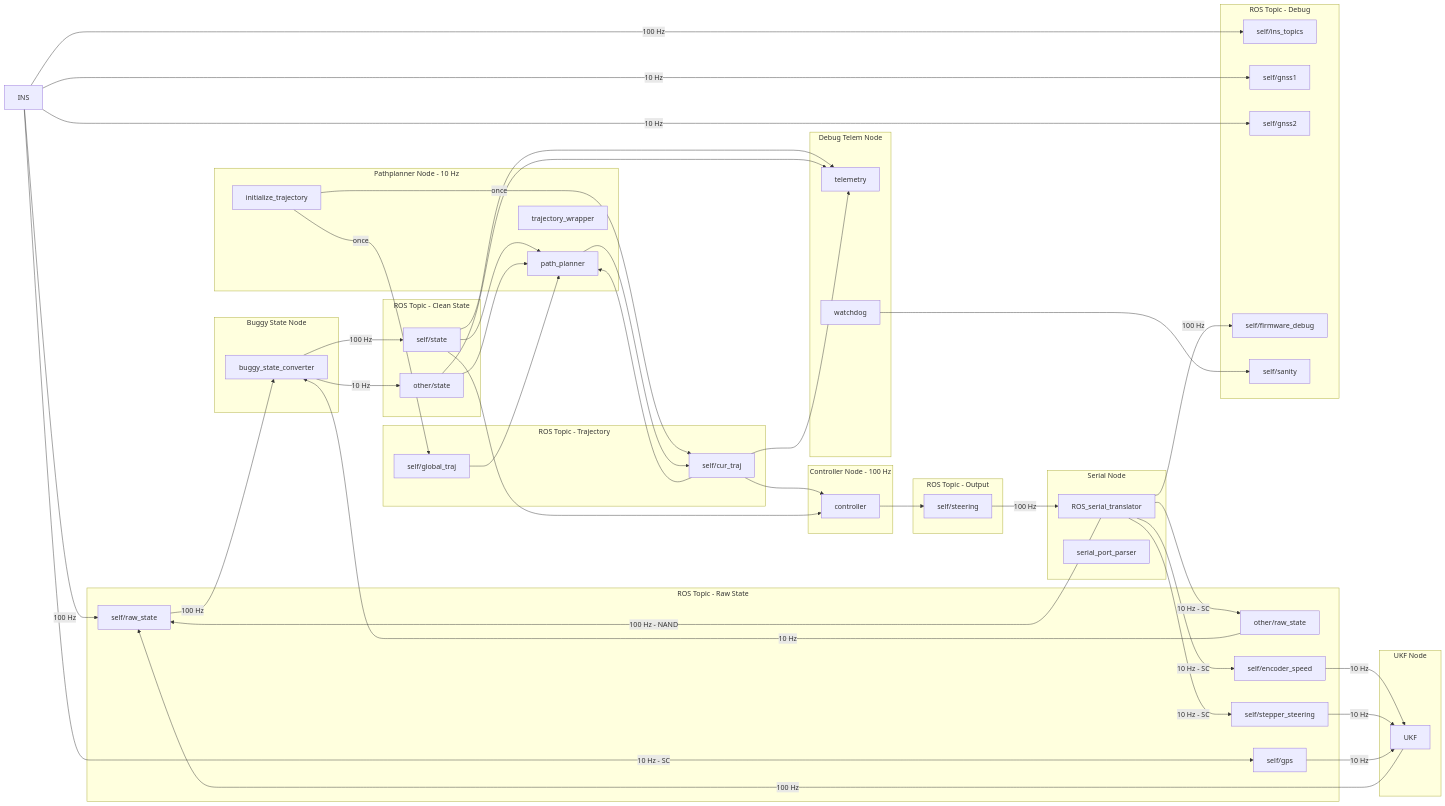
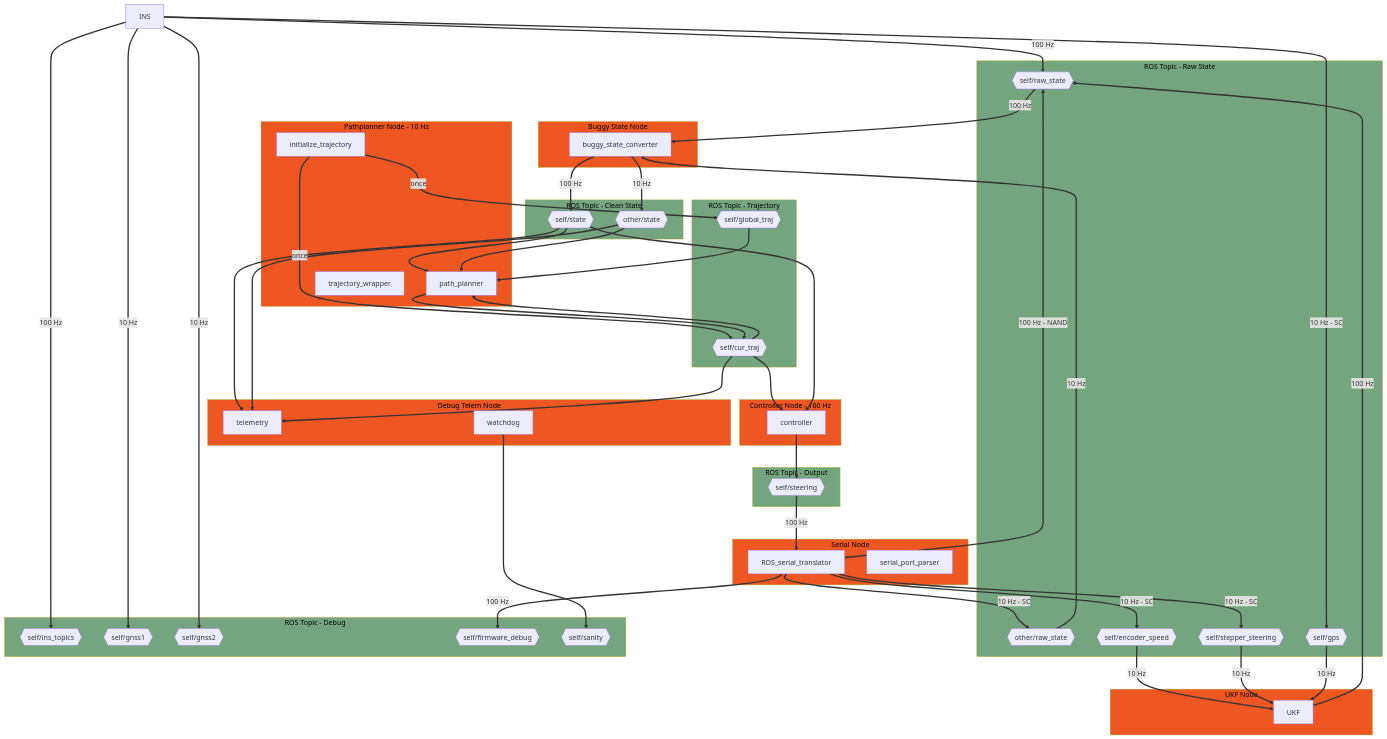
One commit to CMU-Robotics-Club/RoboBuggy2 changed the diagram in docs/architecture/code_flow_detailed.md. Above: the diagram before and after it, drawn with Mermaid. The commit also changed other lines of this file, not shown here.

Commit message:
improved flowchart looks

````diff
--- a/docs/architecture/code_flow_detailed.md
+++ b/docs/architecture/code_flow_detailed.md
@@ -14,61 +18,61 @@
 ```mermaid
-flowchart LR
+flowchart TB
 
-    subgraph "ROS Topic - Raw State"
-        self/raw_state
-        other/raw_state
-        self/gps
-        self/encoder_speed
-        self/stepper_steering
+    subgraph RT-RS["ROS Topic - Raw State"]
+        self/raw_state{{"self/raw_state"}}
+        other/raw_state{{"other/raw_state"}}
+        self/gps{{"self/gps"}}
+        self/encoder_speed{{"self/encoder_speed"}}
+        self/stepper_steering{{"self/stepper_steering"}}
     end
 
-    subgraph "ROS Topic - Clean State"
-        self/state
-        other/state
+    subgraph RT-CS["ROS Topic - Clean State"]
+        self/state{{"self/state"}}
+        other/state{{"other/state"}}
     end
 
-    subgraph "ROS Topic - Trajectory"
-        self/global_traj
-        self/cur_traj
+    subgraph RT-TRAJ["ROS Topic - Trajectory"]
+        self/global_traj{{"self/global_traj"}}
+        self/cur_traj{{"self/cur_traj"}}
     end
 
-    subgraph "ROS Topic - Output"
-        self/steering
+    subgraph RT-OUT["ROS Topic - Output"]
+        self/steering{{"self/steering"}}
     end
 
-    subgraph "ROS Topic - Debug"
-        self/ins_topics 
-        self/gnss1
-        self/gnss2
-        self/firmware_debug
-        self/sanity
+    subgraph RT-DEB["ROS Topic - Debug"]
+        self/ins_topics{{"self/ins_topics "}}
+        self/gnss1{{"self/gnss1"}}
+        self/gnss2{{"self/gnss2"}}
+        self/firmware_debug{{"self/firmware_debug"}}
+        self/sanity{{"self/sanity"}}
     end
     
-    subgraph "Serial Node"
+    subgraph RN-SER["Serial Node"]
         ROS_serial_translator
         serial_port_parser
     end
 
-    subgraph "UKF Node"
+    subgraph RN-UKF["UKF Node"]
         UKF
     end
 
-    subgraph "Buggy State Node"
+    subgraph RN-STATE["Buggy State Node"]
         buggy_state_converter
     end
 
-    subgraph "Debug Telem Node"
+    subgraph RN-DEB["Debug Telem Node"]
         telemetry
         watchdog
     end
 
-    subgraph "Pathplanner Node - 10 Hz"
+    subgraph RN-PATH["Pathplanner Node - 10 Hz"]
         initialize_trajectory
         path_planner
         trajectory_wrapper
     end
 
-    subgraph "Controller Node - 100 Hz"
+    subgraph RN-CTRL["Controller Node - 100 Hz"]
         controller
     end
 
@@ -81,13 +85,6 @@
     INS --> |"10 Hz"| self/gnss1
     INS --> |"10 Hz"| self/gnss2
     INS --> |"10 Hz - SC"| self/gps
-
-    ROS_serial_translator --> |"10 Hz - SC"| self/encoder_speed
-    ROS_serial_translator --> |"10 Hz - SC"| self/stepper_steering
-    ROS_serial_translator --> |"10 Hz - SC"| other/raw_state
-    ROS_serial_translator --> |"100 Hz - NAND"| self/raw_state
-    ROS_serial_translator --> |"100 Hz"| self/firmware_debug
-    self/steering --> |"100 Hz"| ROS_serial_translator
 
     other/raw_state --> |"10 Hz"| buggy_state_converter
     buggy_state_converter --> |"10 Hz"| other/state
@@ -110,5 +107,29 @@
     other/state --> telemetry
     self/cur_traj --> telemetry
     watchdog --> self/sanity
+
+    ROS_serial_translator --> |"10 Hz - SC"| self/encoder_speed
+    ROS_serial_translator --> |"10 Hz - SC"| self/stepper_steering
+    ROS_serial_translator --> |"10 Hz - SC"| other/raw_state
+    ROS_serial_translator --> |"100 Hz - NAND"| self/raw_state
+    ROS_serial_translator --> |"100 Hz"| self/firmware_debug
+    self/steering --> |"100 Hz"| ROS_serial_translator
+
+    RT-RS:::RT
+    RT-CS:::RT
+    RT-TRAJ:::RT
+    RT-OUT:::RT
+    RT-DEB:::RT
+
+    RN-SER:::RN
+    RN-UKF:::RN
+    RN-STATE:::RN
+    RN-DEB:::RN
+    RN-PATH:::RN
+    RN-CTRL:::RN
+
+    classDef RT color:#000,fill:#74a57f;
+    classDef RN color:#000,fill:#ee5622;
+    linkStyle default stroke-width:3px;
     
 ```
````
